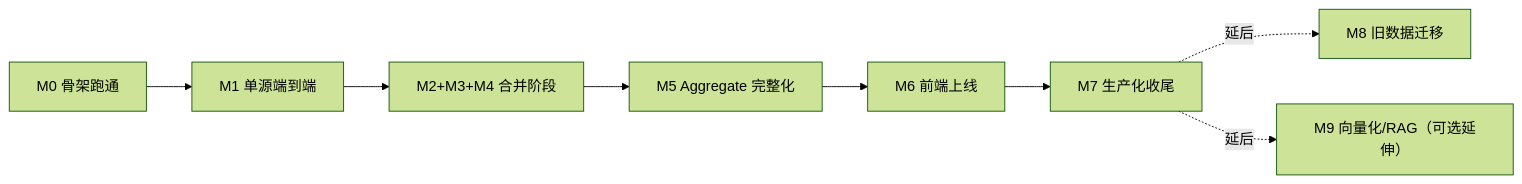
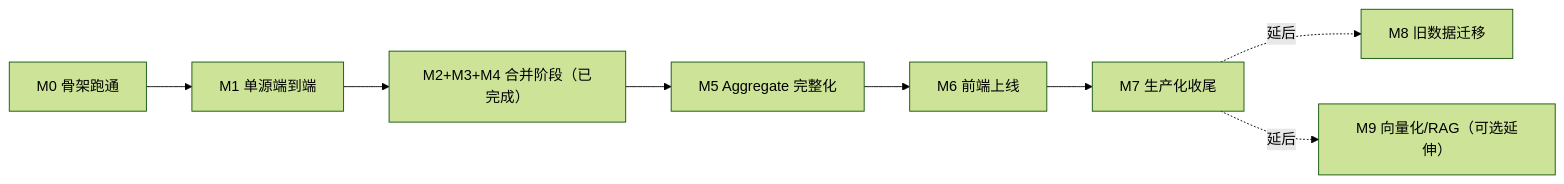
The diagram in docs/milestones/README.md (SkyJourney/ainews-project), drawn with Mermaid (forest theme) before and after one commit. The commit also changed other lines of this file and 21 other files, not shown here.

````diff
--- a/docs/milestones/README.md
+++ b/docs/milestones/README.md
@@ -7,10 +7,10 @@
 ```mermaid
 flowchart LR
     M0[M0 骨架跑通] --> M1[M1 单源端到端]
-    M1 --> M234["M2+M3+M4 合并阶段"]
+    M1 --> M234["M2+M3+M4 合并阶段（已完成）"]
     M234 --> M5[M5 Aggregate 完整化]
     M5 --> M6[M6 前端上线]
     M6 --> M7[M7 生产化收尾]
     M7 -.延后.-> M8[M8 旧数据迁移]
     M7 -.延后.-> M9["M9 向量化/RAG（可选延伸）"]
 ```
````
